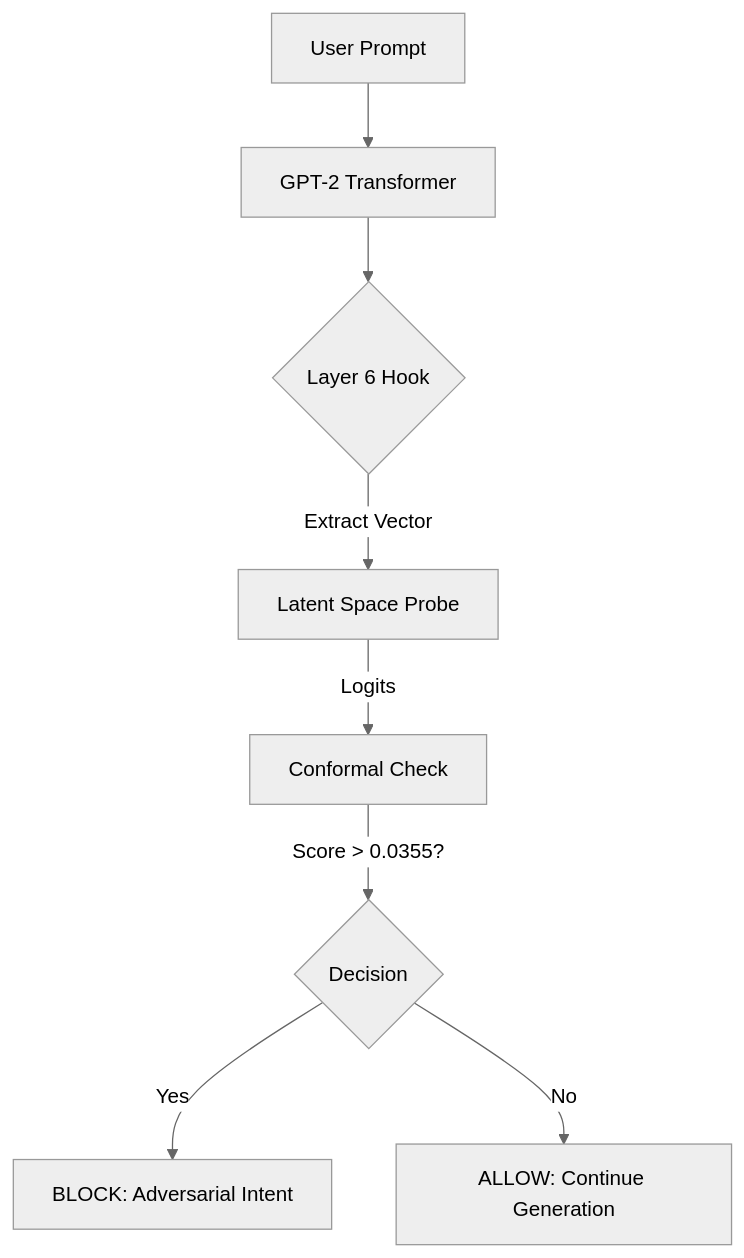
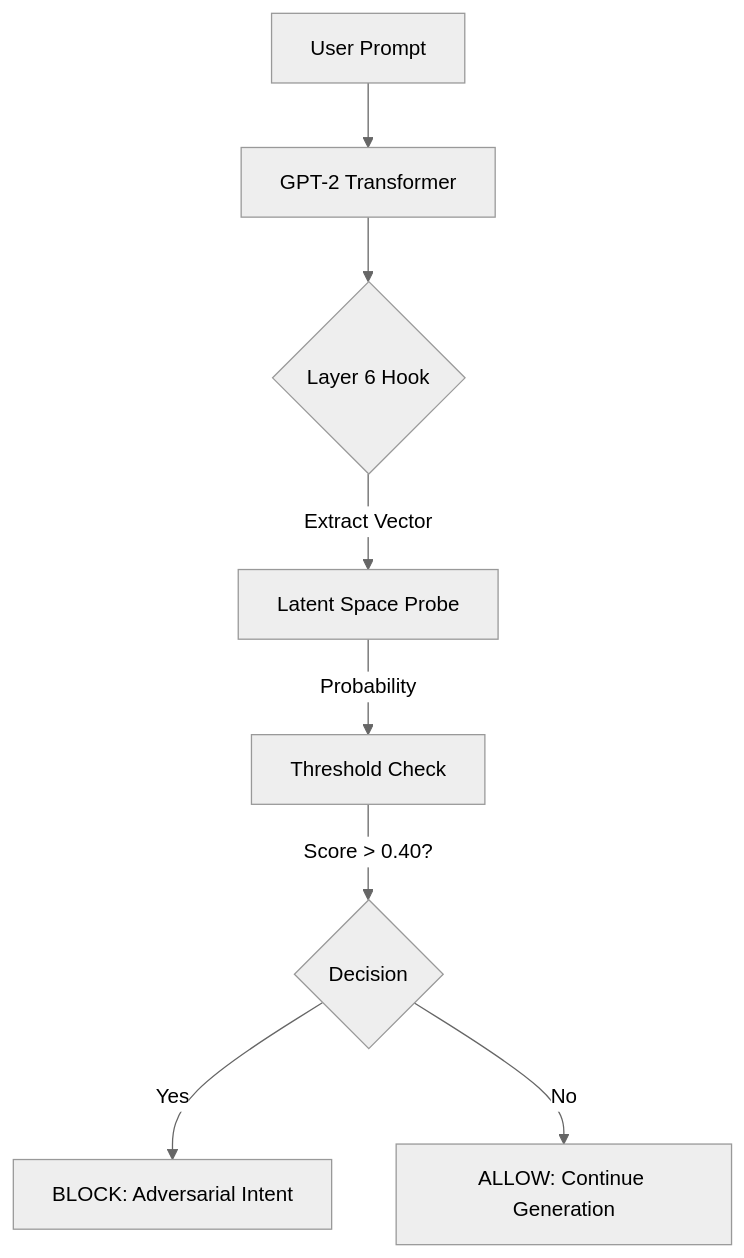
The diagram in README.md (LEDazzio01/Latent-Space-Firewall), drawn with Mermaid (neutral theme) before and after one commit. The commit also changed other lines of this file and 2 other files, not shown here.

First line of the commit message:
Expand dataset to 135 samples, tune threshold to 0.4, update README

````diff
--- a/README.md
+++ b/README.md
@@ -42,11 +41,11 @@
 ```mermaid
 graph TD
     A[User Prompt] --> B[GPT-2 Transformer]
     B --> C{Layer 6 Hook}
     C -->|Extract Vector| D[Latent Space Probe]
-    D -->|Logits| E[Conformal Check]
-    E -->|Score > 0.0355?| F{Decision}
+    D -->|Probability| E[Threshold Check]
+    E -->|Score > 0.40?| F{Decision}
     F -->|Yes| G[BLOCK: Adversarial Intent]
     F -->|No| H[ALLOW: Continue Generation]
 
 ```
````
